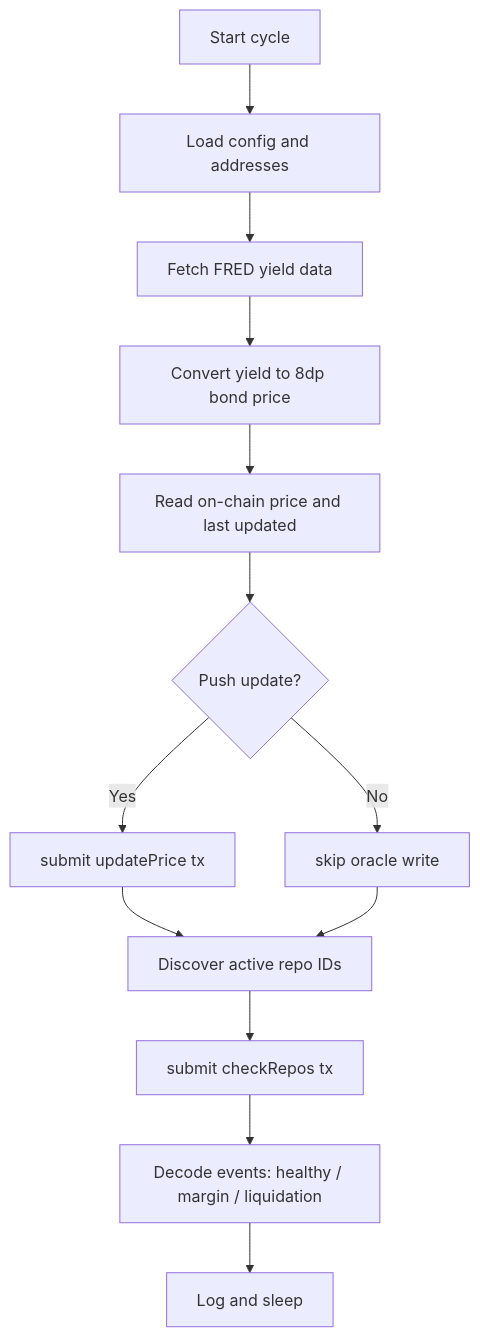
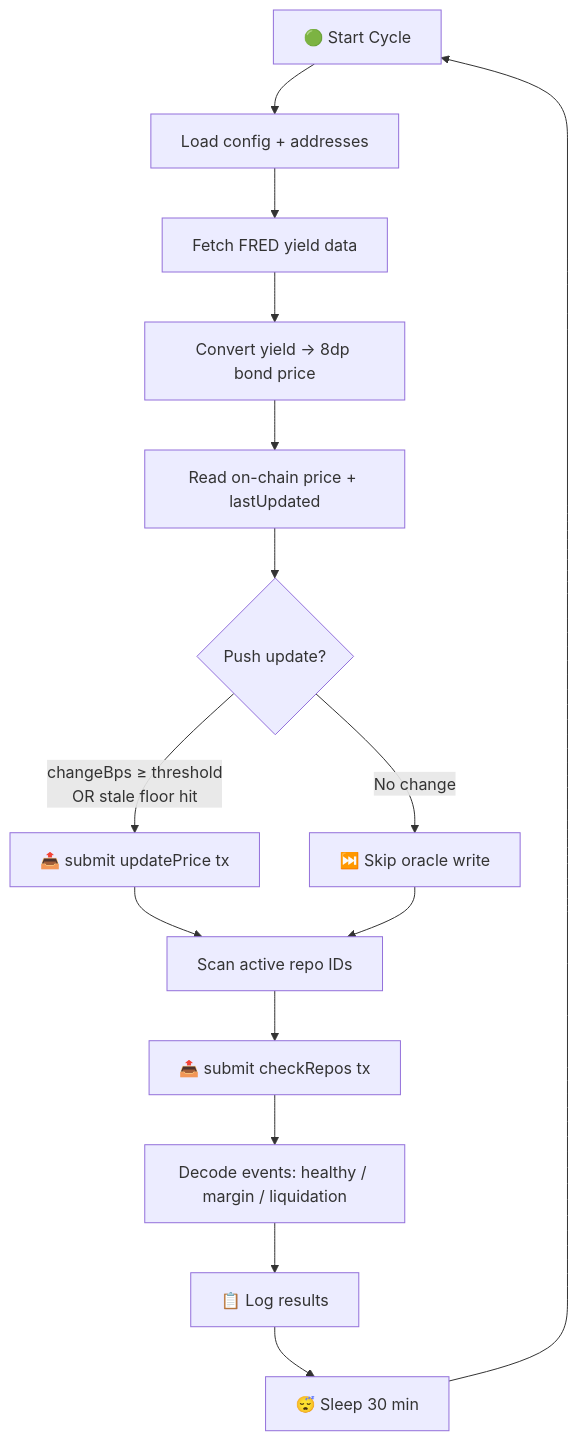
The fifth of 5 diagrams in README.md (Aditya-alchemist/Decentralized-Tokenized-Repo-System), drawn with Mermaid before and after one commit. The commit also changed other lines of this file, not shown here.

````diff
--- a/README.md
+++ b/README.md
@@ -749,15 +625,17 @@
 ```mermaid
 flowchart TD
-		A[Start cycle] --> B[Load config and addresses]
-		B --> C[Fetch FRED yield data]
-		C --> D[Convert yield to 8dp bond price]
-		D --> E[Read on-chain price and last updated]
-		E --> F{Push update?}
-		F -->|Yes| G[submit updatePrice tx]
-		F -->|No| H[skip oracle write]
-		G --> I[Discover active repo IDs]
-		H --> I
-		I --> J[submit checkRepos tx]
-		J --> K[Decode events: healthy / margin / liquidation]
-		K --> L[Log and sleep]
+    A[🟢 Start Cycle] --> B[Load config + addresses]
+    B --> C[Fetch FRED yield data]
+    C --> D[Convert yield → 8dp bond price]
+    D --> E[Read on-chain price + lastUpdated]
+    E --> F{Push update?}
+    F -->|changeBps ≥ threshold\nOR stale floor hit| G[📤 submit updatePrice tx]
+    F -->|No change| H[⏭️ Skip oracle write]
+    G --> I[Scan active repo IDs]
+    H --> I
+    I --> J[📤 submit checkRepos tx]
+    J --> K[Decode events: healthy / margin / liquidation]
+    K --> L[📋 Log results]
+    L --> M[😴 Sleep 30 min]
+    M --> A
 ```
````
